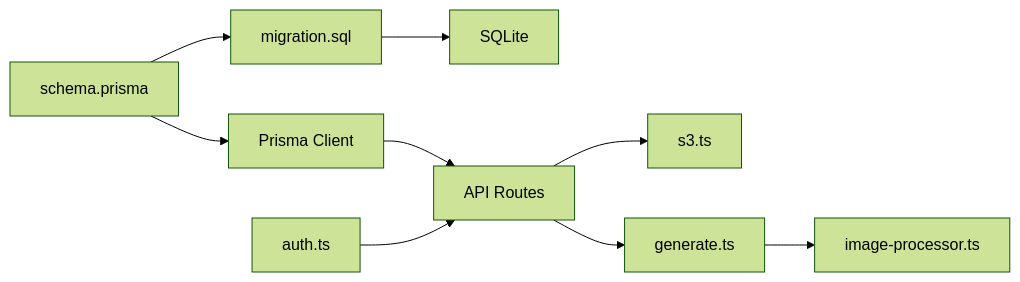
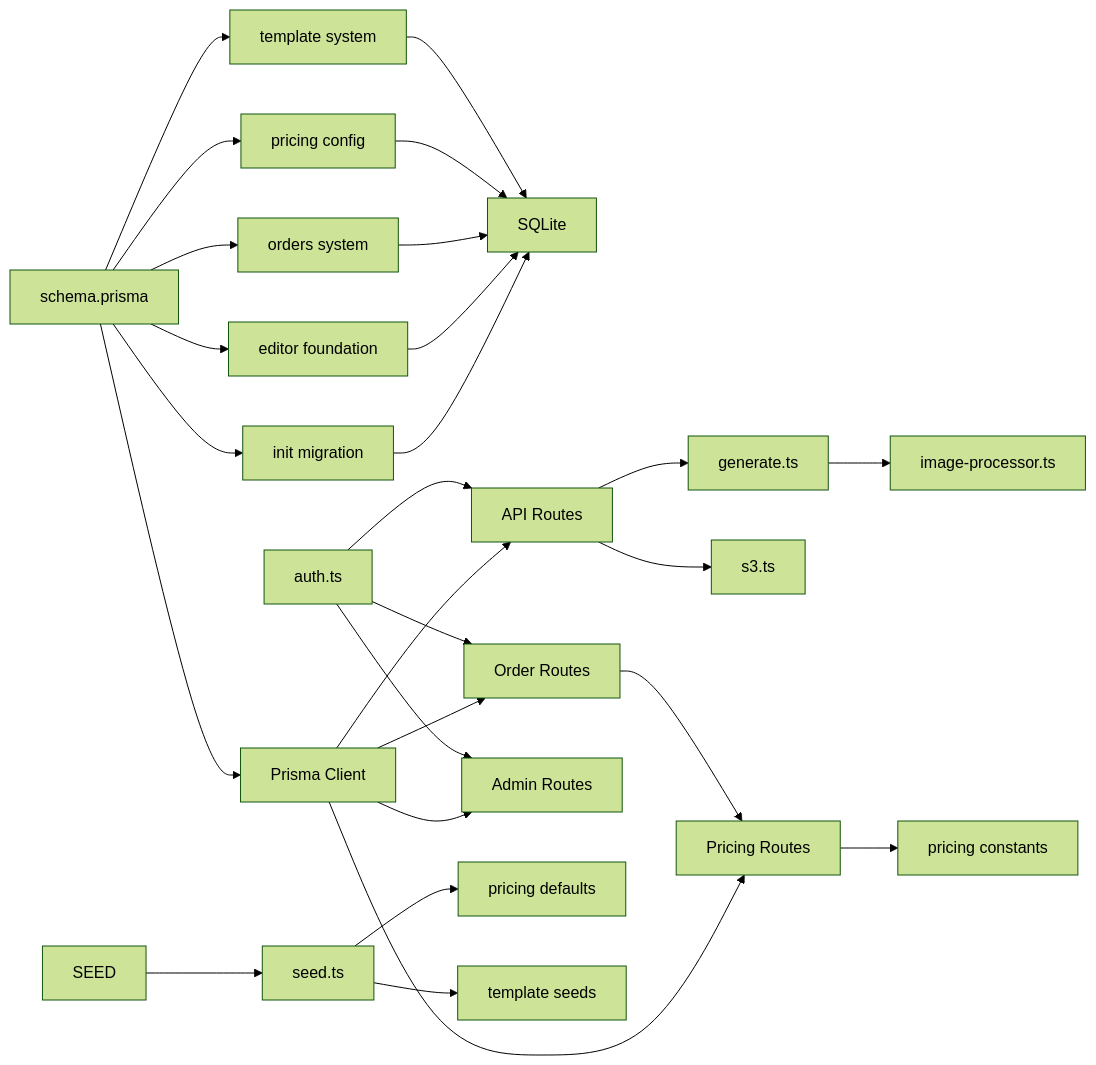
The fourth of 4 diagrams in .qoder/repowiki/en/content/Database Design/Database Design.md (Crowdspender/titchybooks-app), drawn with Mermaid (forest theme) before and after one commit. The commit also changed other lines of this file and 62 other files, not shown here.

````diff
--- a/.qoder/repowiki/en/content/Database Design/Database Design.md
+++ b/.qoder/repowiki/en/content/Database Design/Database Design.md
@@ -327,11 +697,29 @@
 ```mermaid
 graph LR
-SCHEMA["schema.prisma"] --> MIG["migration.sql"]
-MIG --> DB["SQLite"]
+SCHEMA["schema.prisma"] --> INIT_MIG["init migration"]
+SCHEMA --> EDITOR_MIG["editor foundation"]
+SCHEMA --> ORDERS_MIG["orders system"]
+SCHEMA --> PRICING_MIG["pricing config"]
+SCHEMA --> TEMPLATE_MIG["template system"]
+INIT_MIG --> DB["SQLite"]
+EDITOR_MIG --> DB
+ORDERS_MIG --> DB
+PRICING_MIG --> DB
+TEMPLATE_MIG --> DB
 SCHEMA --> PC["Prisma Client"]
-PC --> APP["API Routes"]
-AUTH["auth.ts"] --> APP
-APP --> S3["s3.ts"]
-APP --> PDF["generate.ts"]
+PC --> SUB_API["API Routes"]
+PC --> ORDER_API["Order Routes"]
+PC --> ADMIN_API["Admin Routes"]
+PC --> PRICING_API["Pricing Routes"]
+AUTH["auth.ts"] --> SUB_API
+AUTH --> ORDER_API
+AUTH --> ADMIN_API
+SUB_API --> S3["s3.ts"]
+SUB_API --> PDF["generate.ts"]
+ORDER_API --> PRICING_API
+PRICING_API --> PRICING_CONST["pricing constants"]
 PDF --> IMGPROC["image-processor.ts"]
+SEED --> SEED_SCRIPT["seed.ts"]
+SEED_SCRIPT --> PRICING_SEED["pricing defaults"]
+SEED_SCRIPT --> TEMPLATE_SEED["template seeds"]
 ```
````
